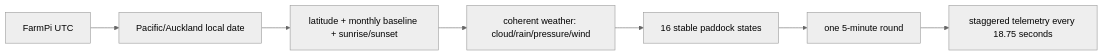
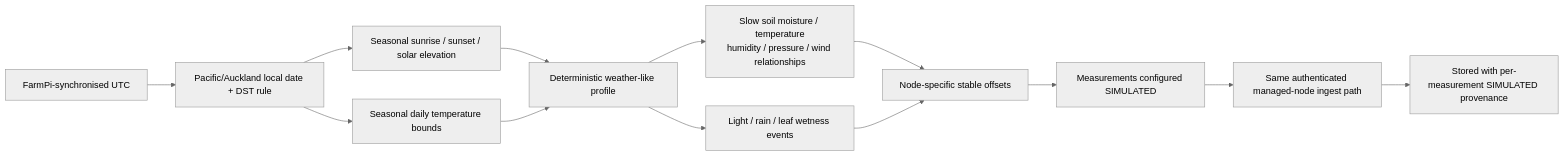
The diagram in docs/diagrams/nz-simulator.mmd (w0rmy/farmpi), drawn with Mermaid (neutral theme) before and after one commit.

Commit message:
Update NZ simulator diagram to managed-node simulation model

```diff
--- a/docs/diagrams/nz-simulator.mmd
+++ b/docs/diagrams/nz-simulator.mmd
@@ -1,7 +1,13 @@
 flowchart LR
-  UTC[FarmPi UTC] --> NZ[Pacific/Auckland local date]
-  NZ --> SUN[latitude + monthly baseline + sunrise/sunset]
-  SUN --> WEATHER[coherent weather: cloud/rain/pressure/wind]
-  WEATHER --> P[16 stable paddock states]
-  P --> R[one 5-minute round]
-  R --> T[staggered telemetry every 18.75 seconds]
+  T[FarmPi-synchronised UTC] --> NZ[Pacific/Auckland local date + DST rule]
+  NZ --> SUN[Seasonal sunrise / sunset / solar elevation]
+  NZ --> SEASON[Seasonal daily temperature bounds]
+  SUN --> W[Deterministic weather-like profile]
+  SEASON --> W
+  W --> M[Slow soil moisture / temperature<br/>humidity / pressure / wind relationships]
+  W --> O[Light / rain / leaf wetness events]
+  M --> N[Node-specific stable offsets]
+  O --> N
+  N --> S[Measurements configured SIMULATED]
+  S --> I[Same authenticated managed-node ingest path]
+  I --> P[Stored with per-measurement SIMULATED provenance]
```
